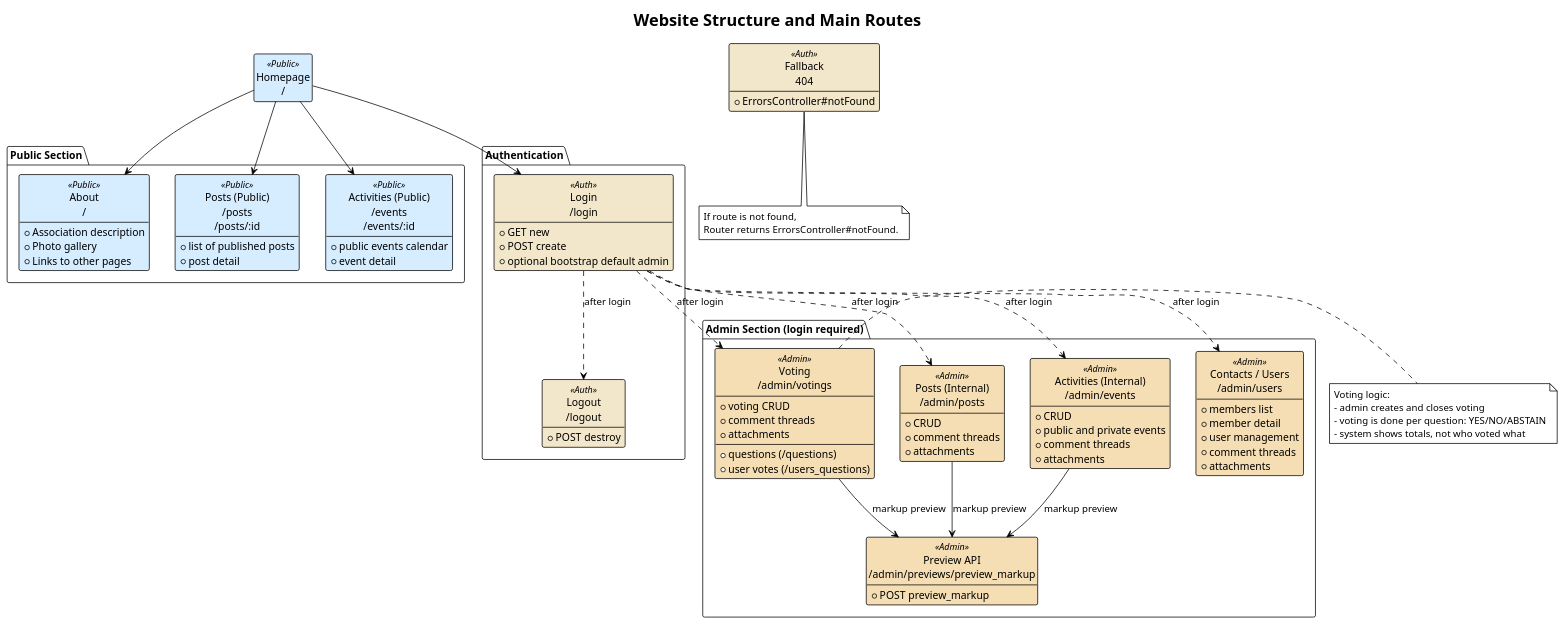
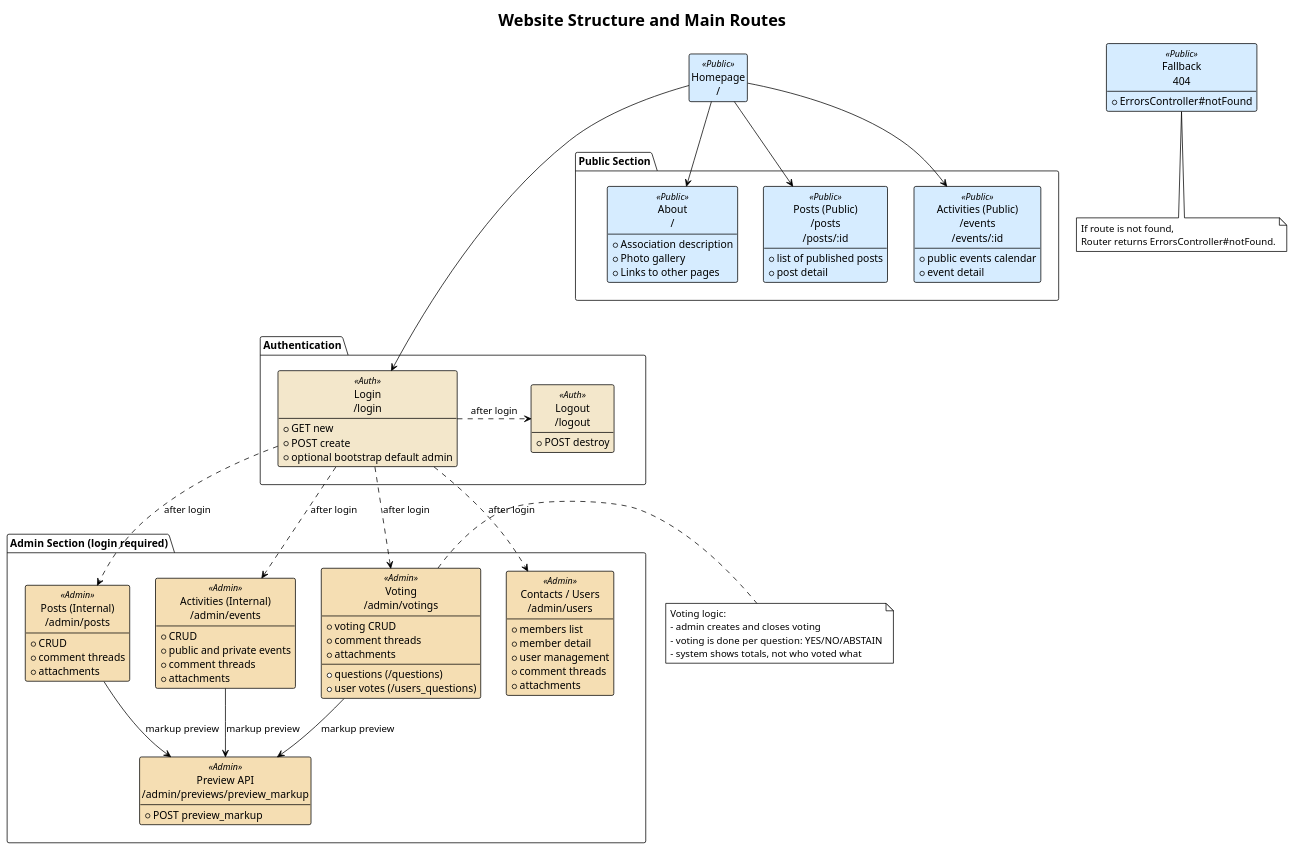
The diagram in docs/diagrams/sitemap.plantuml (jacky32/slovjani), drawn with PlantUML before and after one commit. The commit also changed 2 other files, not shown here.

```diff
--- a/docs/diagrams/sitemap.plantuml
+++ b/docs/diagrams/sitemap.plantuml
@@ -1,112 +1,115 @@
 @startuml "Sitemap Diagram"
 !theme plain
 hide empty members
 hide circles
 
 skinparam class {
     BorderColor Black
     BackgroundColor<<Public>> #d6ecff
     BackgroundColor<<Auth>> #f3e7cb
     BackgroundColor<<Admin>> #f5deb3
 }
 
 title Website Structure and Main Routes
 
 class "Homepage\n/" as Home <<Public>>
 
-package "Public Section" {
+package "Public Section" as PublicSection {
     class "About\n/" as PublicHome <<Public>> {
         + Association description
         + Photo gallery
         + Links to other pages
     }
 
     class "Posts (Public)\n/posts\n/posts/:id" as PublicPosts <<Public>> {
         + list of published posts
         + post detail
     }
 
     class "Activities (Public)\n/events\n/events/:id" as PublicEvents <<Public>> {
         + public events calendar
         + event detail
     }
 }
 
-package "Authentication" {
+package "Authentication" as AuthSection {
     class "Login\n/login" as Login <<Auth>> {
         + GET new
         + POST create
         + optional bootstrap default admin
     }
 
     class "Logout\n/logout" as Logout <<Auth>> {
         + POST destroy
     }
 }
 
-package "Admin Section (login required)" {
+package "Admin Section (login required)" as AdminSection {
     class "Posts (Internal)\n/admin/posts" as AdminPosts <<Admin>> {
         + CRUD
         + comment threads
         + attachments
     }
 
     class "Activities (Internal)\n/admin/events" as AdminEvents <<Admin>> {
         + CRUD
         + public and private events
         + comment threads
         + attachments
     }
 
     class "Voting\n/admin/votings" as AdminVotings <<Admin>> {
         + voting CRUD
         + questions (/questions)
         + user votes (/users_questions)
         + comment threads
         + attachments
     }
 
     class "Contacts / Users\n/admin/users" as AdminUsers <<Admin>> {
         + members list
         + member detail
         + user management
         + comment threads
         + attachments
     }
 
     class "Preview API\n/admin/previews/preview_markup" as AdminPreview <<Admin>> {
         + POST preview_markup
     }
 }
 
-class "Fallback\n404" as NotFound <<Auth>> {
+class "Fallback\n404" as NotFound <<Public>> {
     + ErrorsController#notFound
 }
+
+PublicSection -[hidden]down-> AuthSection
+AuthSection -[hidden]down-> AdminSection
 
 Home --> PublicHome
 Home --> PublicPosts
 Home --> PublicEvents
 Home --> Login
 
-Login ..> Logout : after login
-Login ..> AdminPosts : after login
-Login ..> AdminEvents : after login
-Login ..> AdminVotings : after login
-Login ..> AdminUsers : after login
+Login .> Logout : after login
+Login .> AdminPosts : after login
+Login .> AdminEvents : after login
+Login .> AdminVotings : after login
+Login .> AdminUsers : after login
 AdminPosts --> AdminPreview : markup preview
 AdminEvents --> AdminPreview : markup preview
 AdminVotings --> AdminPreview : markup preview
 
 note right of AdminVotings
     Voting logic:
     - admin creates and closes voting
     - voting is done per question: YES/NO/ABSTAIN
     - system shows totals, not who voted what
 end note
 
 note bottom of NotFound
     If route is not found,
     Router returns ErrorsController#notFound.
 end note
 
 @enduml
```
